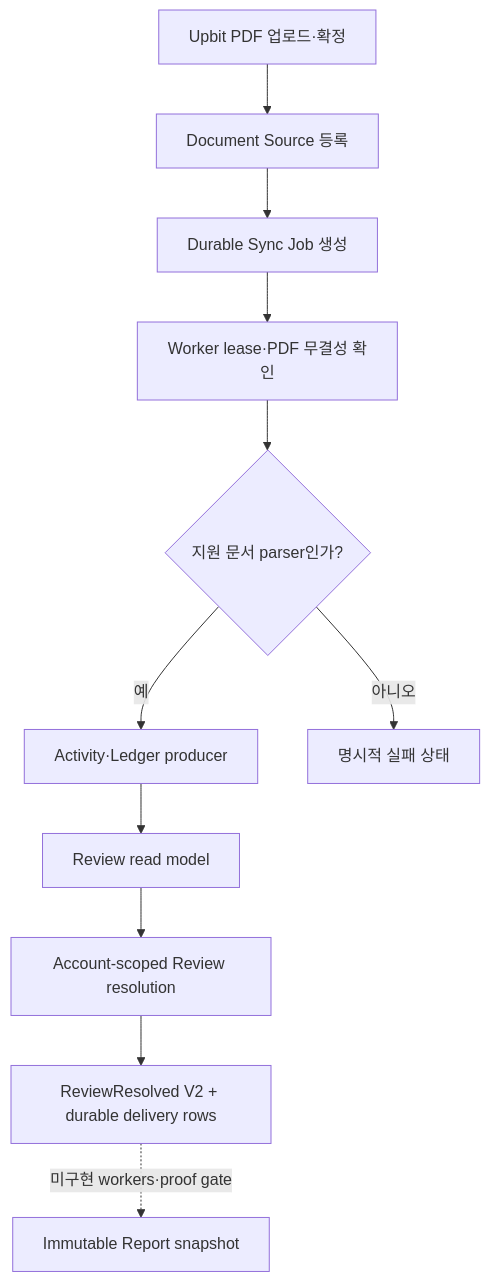
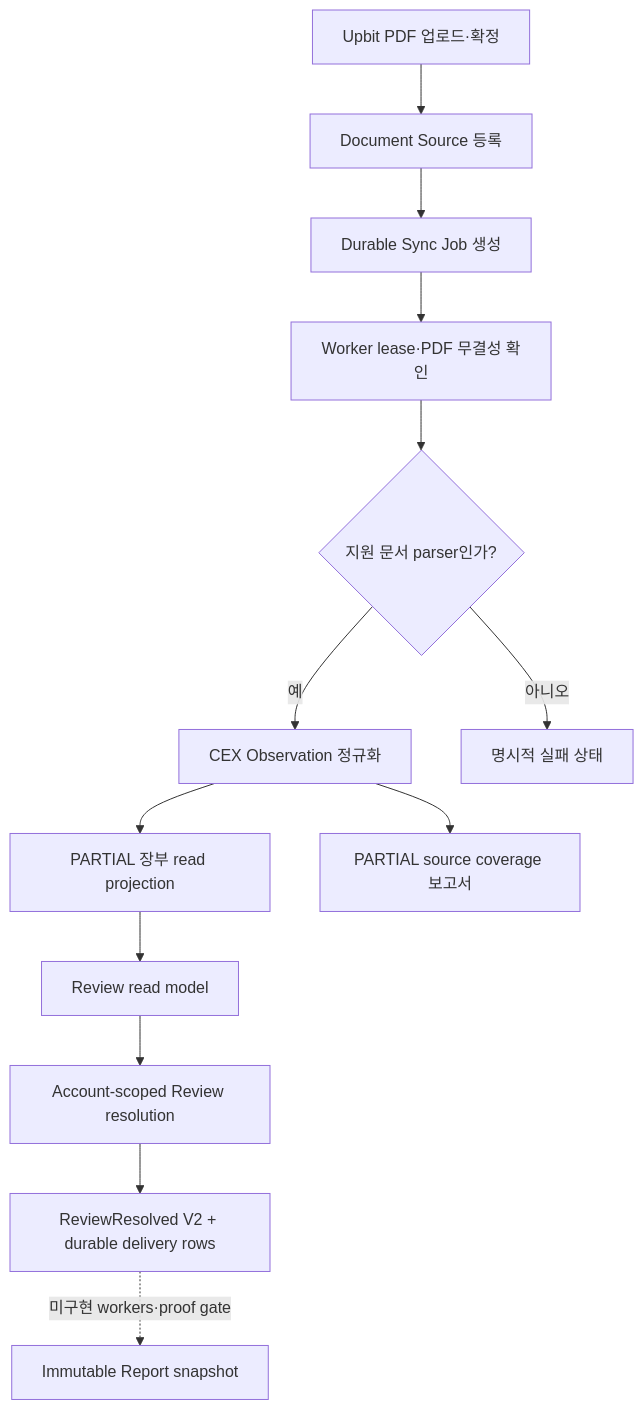
The diagram in docs/engine-integration-roadmap.md (BackwardLabs/daejang), drawn with Mermaid before and after one commit. The commit also changed other lines of this file and 15 other files, not shown here.

````diff
--- a/docs/engine-integration-roadmap.md
+++ b/docs/engine-integration-roadmap.md
@@ -29,13 +31,15 @@
 ```mermaid
 flowchart TD
   upload[Upbit PDF 업로드·확정] --> source[Document Source 등록]
   source --> sync[Durable Sync Job 생성]
   sync --> worker[Worker lease·PDF 무결성 확인]
   worker --> parse{지원 문서 parser인가?}
-  parse -->|예| activity[Activity·Ledger producer]
+  parse -->|예| observation[CEX Observation 정규화]
   parse -->|아니오| fail[명시적 실패 상태]
+  observation --> activity[PARTIAL 장부 read projection]
+  observation --> coverage[PARTIAL source coverage 보고서]
   activity --> review[Review read model]
   review --> resolution[Account-scoped Review resolution]
   resolution --> delivery[ReviewResolved V2 + durable delivery rows]
   delivery -. 미구현 workers·proof gate .-> report[Immutable Report snapshot]
 ```
````
